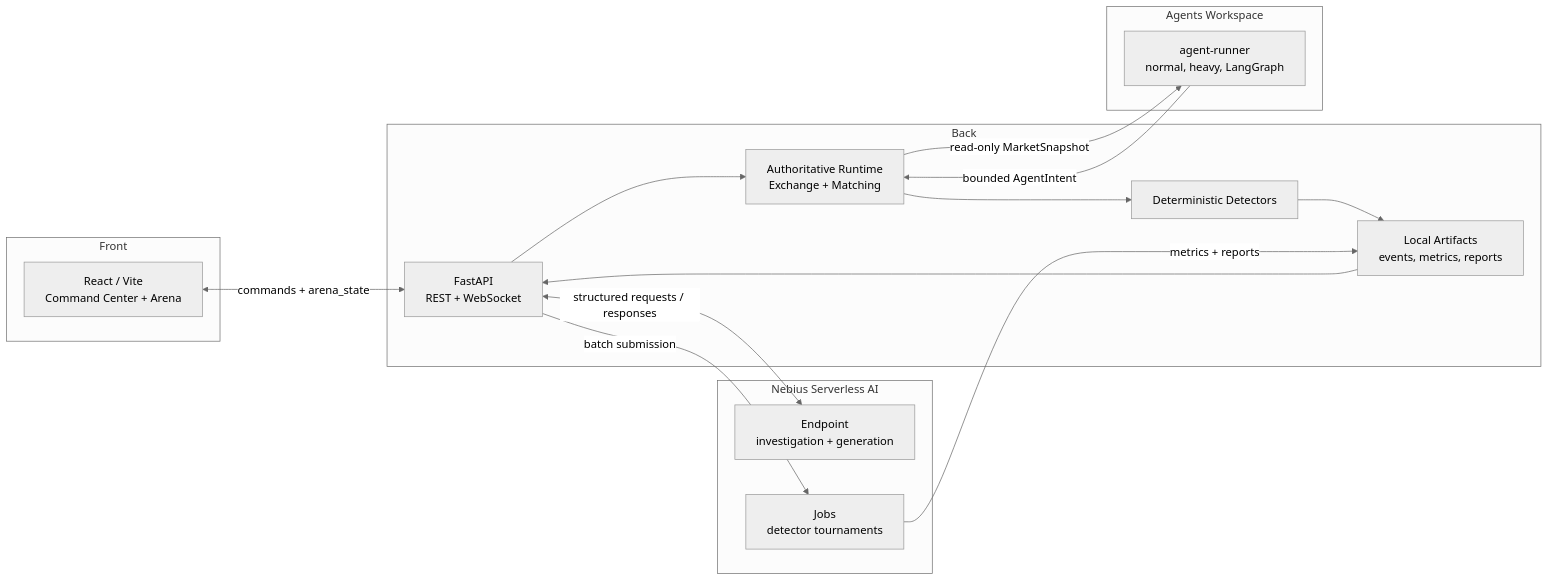
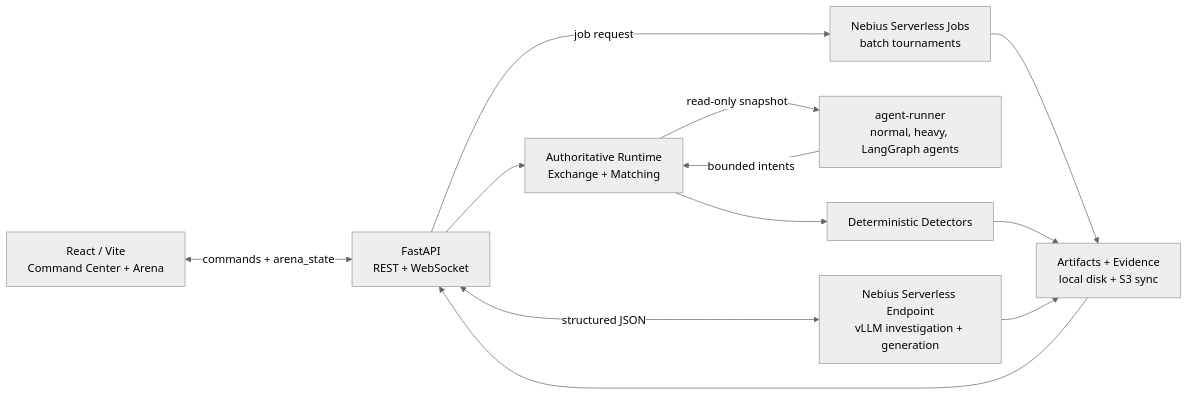
The diagram in README.md (khab40/aimada), drawn with Mermaid (neutral theme) before and after one commit. The commit also changed other lines of this file and 23 other files, not shown here.

````diff
--- a/README.md
+++ b/README.md
@@ -29,30 +84,23 @@
 ```mermaid
 flowchart LR
-    subgraph Front["Front"]
-        UI["React / Vite<br/>Command Center + Arena"]
-    end
-    subgraph Back["Back"]
-        API["FastAPI<br/>REST + WebSocket"]
-        Runtime["Authoritative Runtime<br/>Exchange + Matching"]
-        Detectors["Deterministic Detectors"]
-        Store["Local Artifacts<br/>events, metrics, reports"]
-    end
-    subgraph Agents["Agents Workspace"]
-        Runner["agent-runner<br/>normal, heavy, LangGraph"]
-    end
-    subgraph Nebius["Nebius Serverless AI"]
-        Endpoint["Endpoint<br/>investigation + generation"]
-        Jobs["Jobs<br/>detector tournaments"]
-    end
+    UI["React / Vite<br/>Command Center + Arena"]
+    API["FastAPI<br/>REST + WebSocket"]
+    Runtime["Authoritative Runtime<br/>Exchange + Matching"]
+    Detectors["Deterministic Detectors"]
+    Runner["agent-runner<br/>normal, heavy, LangGraph agents"]
+    Endpoint["Nebius Serverless Endpoint<br/>vLLM investigation + generation"]
+    Jobs["Nebius Serverless Jobs<br/>batch tournaments"]
+    Store["Artifacts + Evidence<br/>local disk + S3 sync"]
 
-    UI <-->|"commands + arena_state"| API
+    UI <-->|commands + arena_state| API
     API --> Runtime
-    Runtime -->|"read-only MarketSnapshot"| Runner
-    Runner -->|"bounded AgentIntent"| Runtime
     Runtime --> Detectors
+    Runtime -->|read-only snapshot| Runner
+    Runner -->|bounded intents| Runtime
+    API <-->|structured JSON| Endpoint
+    API -->|job request| Jobs
+    Jobs --> Store
     Detectors --> Store
-    API <-->|"structured requests / responses"| Endpoint
-    API -->|"batch submission"| Jobs
-    Jobs -->|"metrics + reports"| Store
+    Endpoint --> Store
     Store --> API
 ```
````
